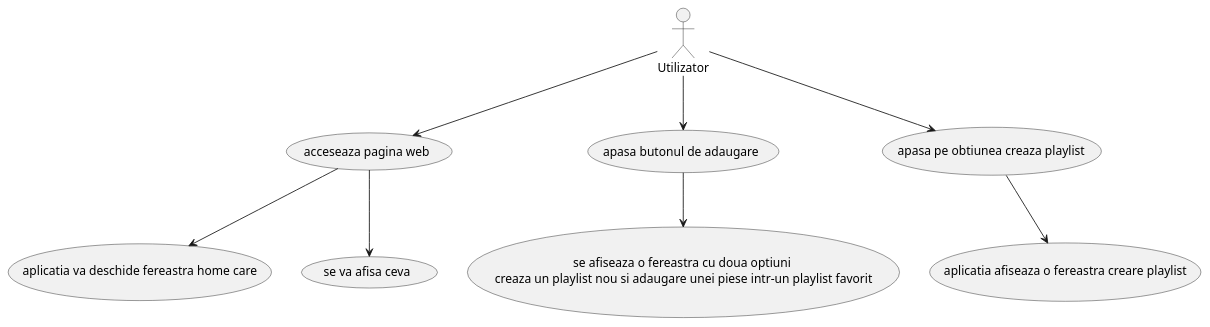
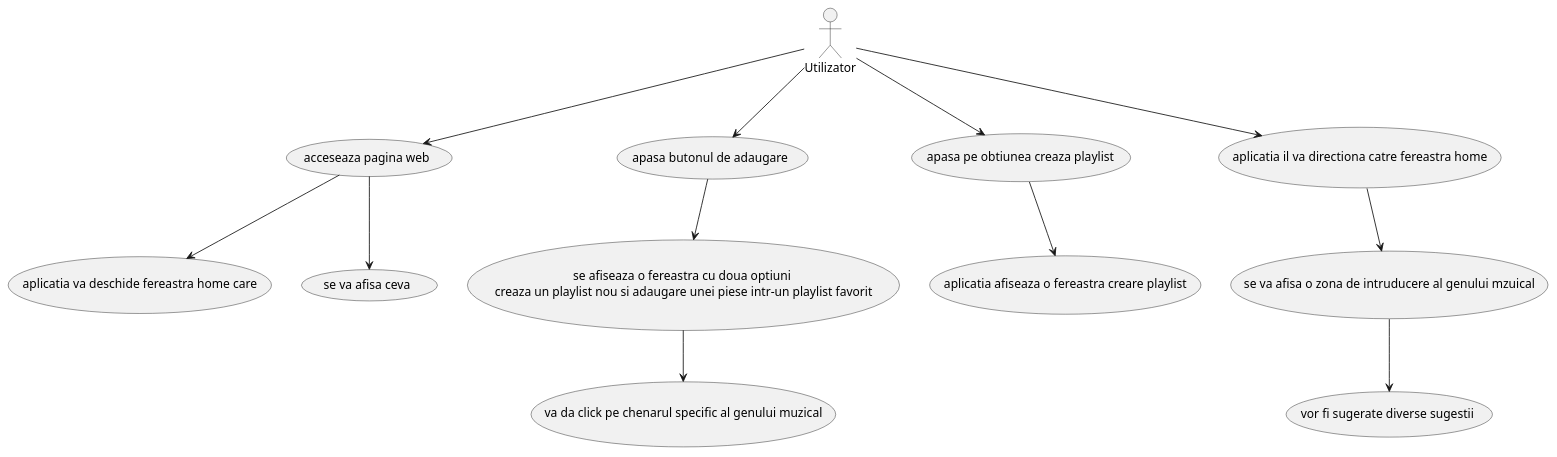
The diagram in DesireMusicApp.puml (caradjovrazvan/DesireAppMusic), drawn with PlantUML before and after one commit.

```diff
--- a/DesireMusicApp.puml
+++ b/DesireMusicApp.puml
@@ -1,17 +1,23 @@
 @startuml
 'https://plantuml.com/use-case-diagram
 /'actor Utilizator
 Utilizator-->(afisare formular de login pentru autentificare)
 (afisare formular de login pentru autentificare)-->(conectare pagina web)
 (conectare pagina web)-->(afisare pagina principala)'/
 
 actor Utilizator
 Utilizator-->(acceseaza pagina web)
 (acceseaza pagina web)-->(aplicatia va deschide fereastra home care)
 (acceseaza pagina web)-->(se va afisa ceva)
 
 Utilizator-->(apasa butonul de adaugare)
 (apasa butonul de adaugare)-->(se afiseaza o fereastra cu doua optiuni \n creaza un playlist nou si adaugare unei piese intr-un playlist favorit )
 Utilizator-->(apasa pe obtiunea creaza playlist)
 (apasa pe obtiunea creaza playlist)-->(aplicatia afiseaza o fereastra creare playlist)
+(se afiseaza o fereastra cu doua optiuni \n creaza un playlist nou si adaugare unei piese intr-un playlist favorit )-->(va da click pe chenarul specific al genului muzical)
+Utilizator-->(aplicatia il va directiona catre fereastra home)
+(aplicatia il va directiona catre fereastra home)-->(se va afisa o zona de intruducere al genului mzuical)
+(se va afisa o zona de intruducere al genului mzuical)-->(vor fi sugerate diverse sugestii)
+
+
 @enduml
```
